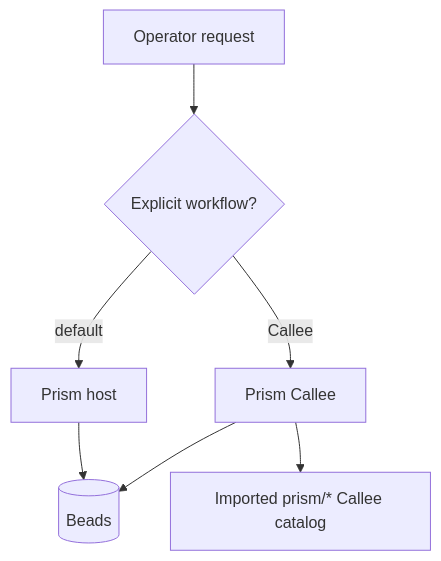
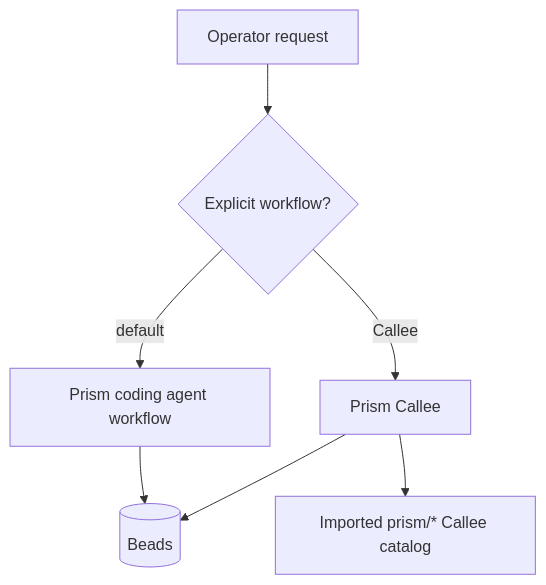
The first of 5 diagrams in docs/architecture-spec.md (baldaworks/prism), drawn with Mermaid before and after one commit. The commit also changed other lines of this file and 4 other files, not shown here.

Commit message:
docs: use coding agent terminology

````diff
--- a/docs/architecture-spec.md
+++ b/docs/architecture-spec.md
@@ -30,9 +30,9 @@
 ```mermaid
 flowchart TB
     U["Operator request"] --> P{"Explicit workflow?"}
-    P -->|default| H["Prism host"]
+    P -->|default| H["Prism coding agent workflow"]
     P -->|Callee| C["Prism Callee"]
     H --> B[("Beads")]
     C --> B
     C --> A["Imported prism/* Callee catalog"]
 ```
````
